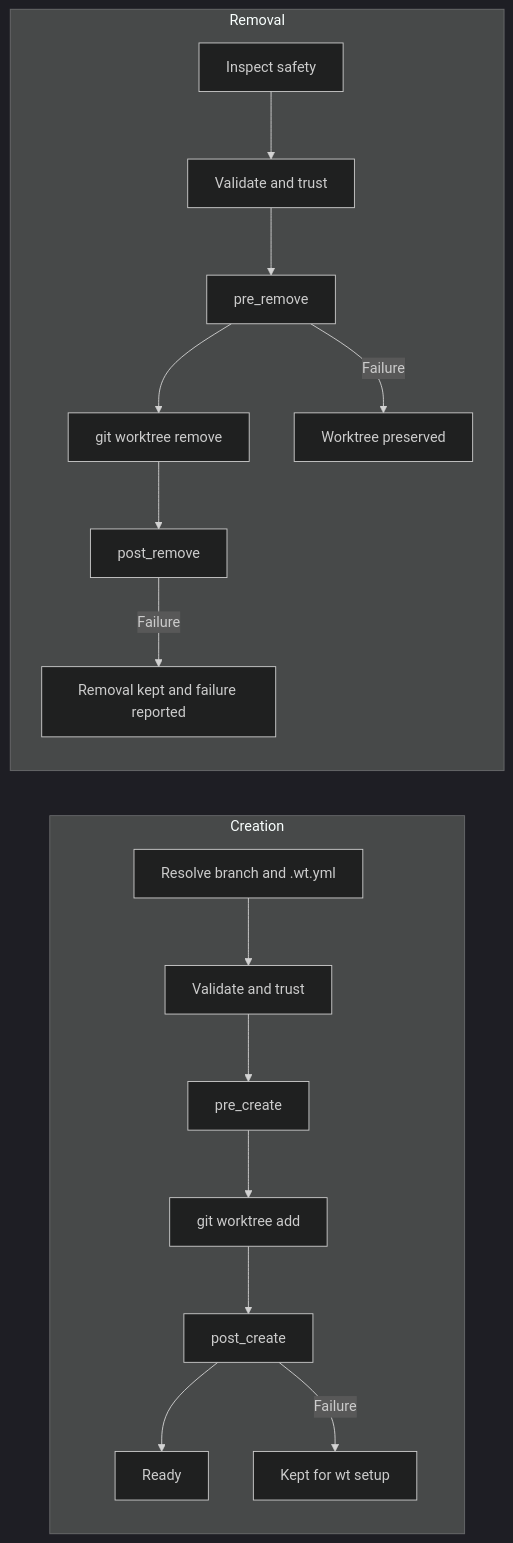
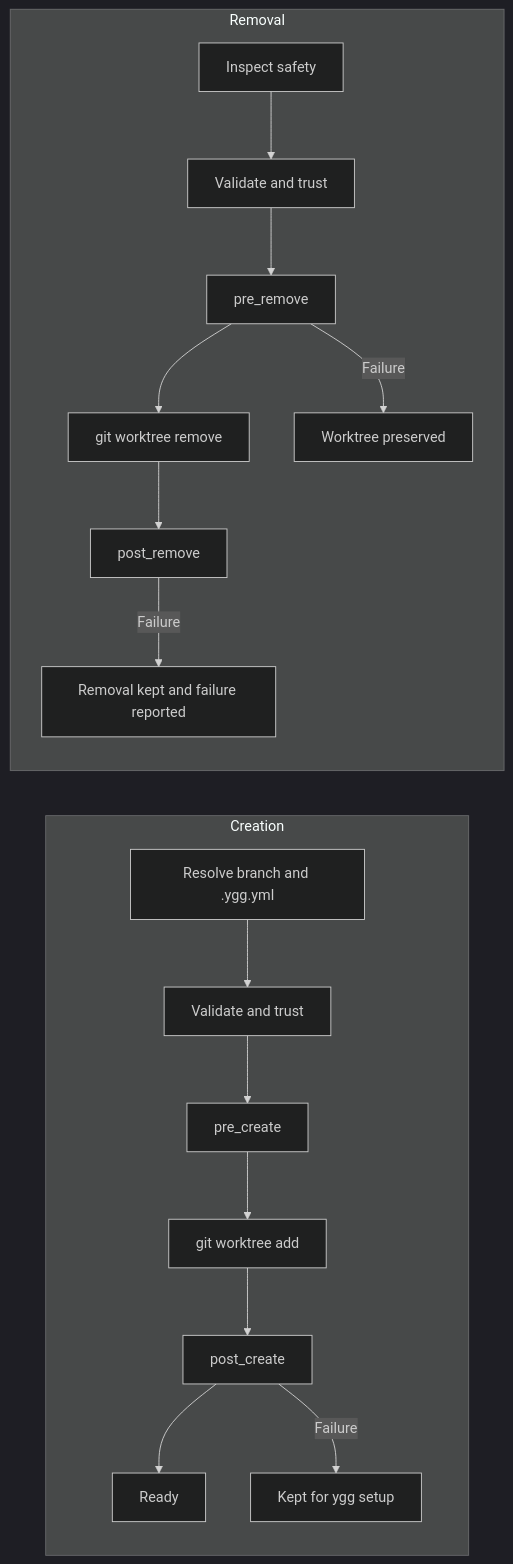
One commit to phillippbertram/wald-worktree changed the diagram in docs/configuration.md. Above: the diagram before and after it, drawn with Mermaid (dark theme). The commit also changed other lines of this file and 49 other files, not shown here.

````diff
--- a/docs/configuration.md
+++ b/docs/configuration.md
@@ -361,20 +361,20 @@
 ```mermaid
 flowchart LR
     subgraph Creation
-      C1[Resolve branch and .wt.yml] --> C2[Validate and trust]
+      C1[Resolve branch and .ygg.yml] --> C2[Validate and trust]
       C2 --> C3[pre_create]
       C3 --> C4[git worktree add]
       C4 --> C5[post_create]
       C5 --> C6[Ready]
-      C5 -- Failure --> C7[Kept for wt setup]
+      C5 -- Failure --> C7[Kept for ygg setup]
     end
 
     subgraph Removal
       R1[Inspect safety] --> R2[Validate and trust]
       R2 --> R3[pre_remove]
       R3 --> R4[git worktree remove]
       R4 --> R5[post_remove]
       R3 -- Failure --> R6[Worktree preserved]
       R5 -- Failure --> R7[Removal kept and failure reported]
     end
 ```
````
